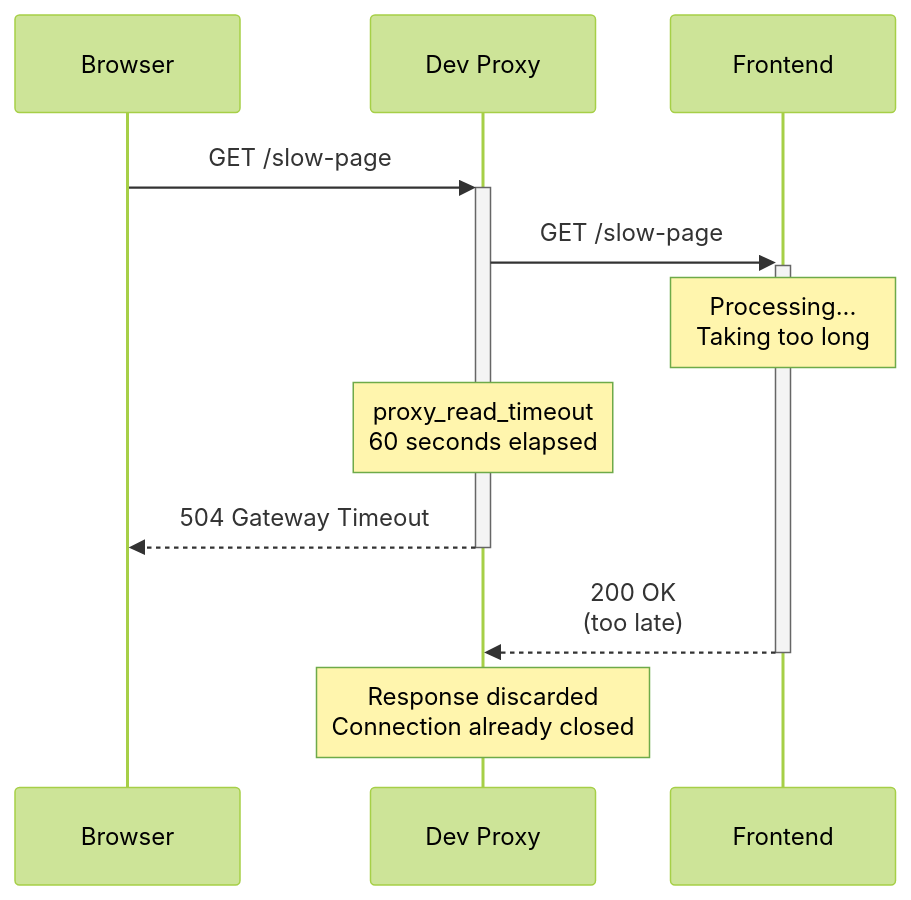
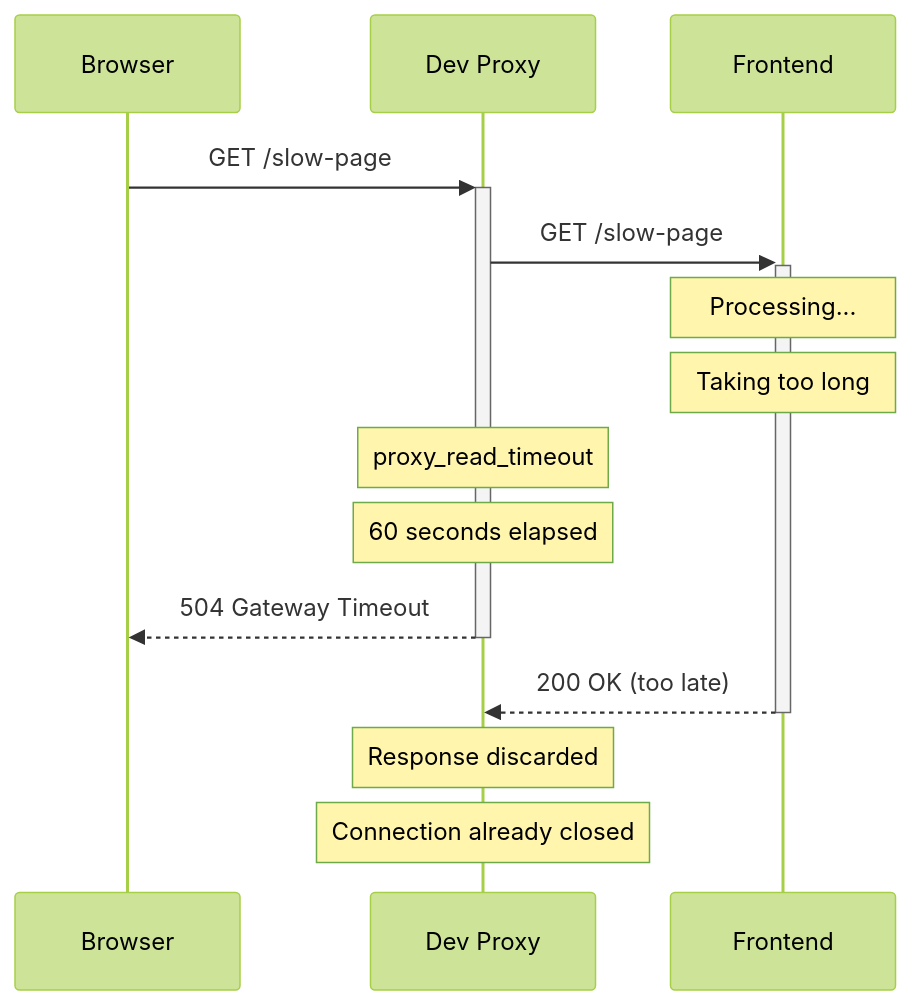
One commit to softwarewrighter/dev-proxy changed the sixth of 9 diagrams in wiki/Request-Flow.md. Above: the diagram before and after it, drawn with Mermaid (forest theme). The commit also changed other lines of this file, not shown here.

First line of the commit message:
Fix all broken Mermaid sequence diagrams in Request-Flow.md

````diff
--- a/wiki/Request-Flow.md
+++ b/wiki/Request-Flow.md
@@ -217,20 +242,23 @@
 ```mermaid
 sequenceDiagram
     participant Browser
     participant DevProxy as Dev Proxy
     participant Frontend as Frontend
 
     Browser->>+DevProxy: GET /slow-page
 
     DevProxy->>+Frontend: GET /slow-page
 
-    Note over Frontend: Processing...<br/>Taking too long
+    Note over Frontend: Processing...
+    Note over Frontend: Taking too long
 
-    Note over DevProxy: proxy_read_timeout<br/>60 seconds elapsed
+    Note over DevProxy: proxy_read_timeout
+    Note over DevProxy: 60 seconds elapsed
 
     DevProxy-->>-Browser: 504 Gateway Timeout
 
-    Frontend-->>-DevProxy: 200 OK<br/>(too late)
+    Frontend-->>-DevProxy: 200 OK (too late)
 
-    Note over DevProxy: Response discarded<br/>Connection already closed
+    Note over DevProxy: Response discarded
+    Note over DevProxy: Connection already closed
 ```
````
